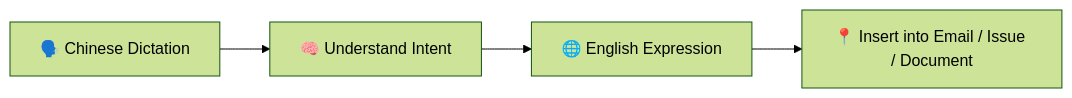
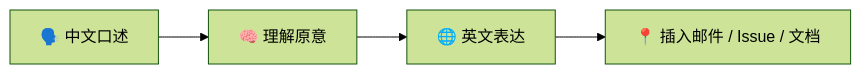
The third of 5 diagrams in README.md (EthanYoQ/whisper-input), drawn with Mermaid (forest theme) before and after one commit. The commit also changed other lines of this file and 2 other files, not shown here.

Commit message:
chore: default README to Chinese by promoting README_zh.md

````diff
--- a/README.md
+++ b/README.md
@@ -188,6 +184,6 @@
 ```mermaid
 flowchart LR
-  A["🗣️ Chinese Dictation"] --> B["🧠 Understand Intent"]
-  B --> C["🌐 English Expression"]
-  C --> D["📍 Insert into Email / Issue / Document"]
+  A["🗣️ 中文口述"] --> B["🧠 理解原意"]
+  B --> C["🌐 英文表达"]
+  C --> D["📍 插入邮件 / Issue / 文档"]
 ```
````
